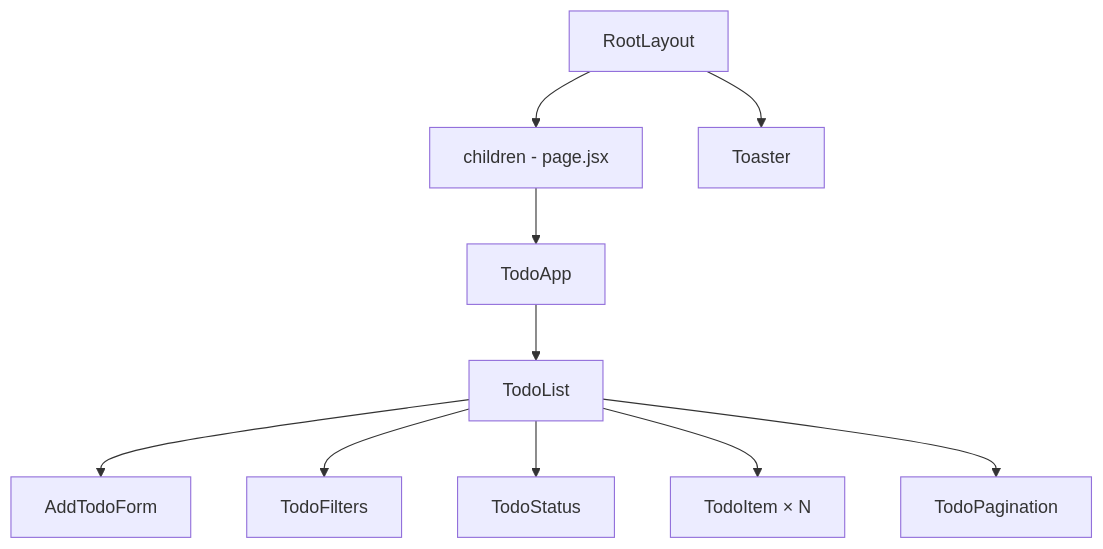
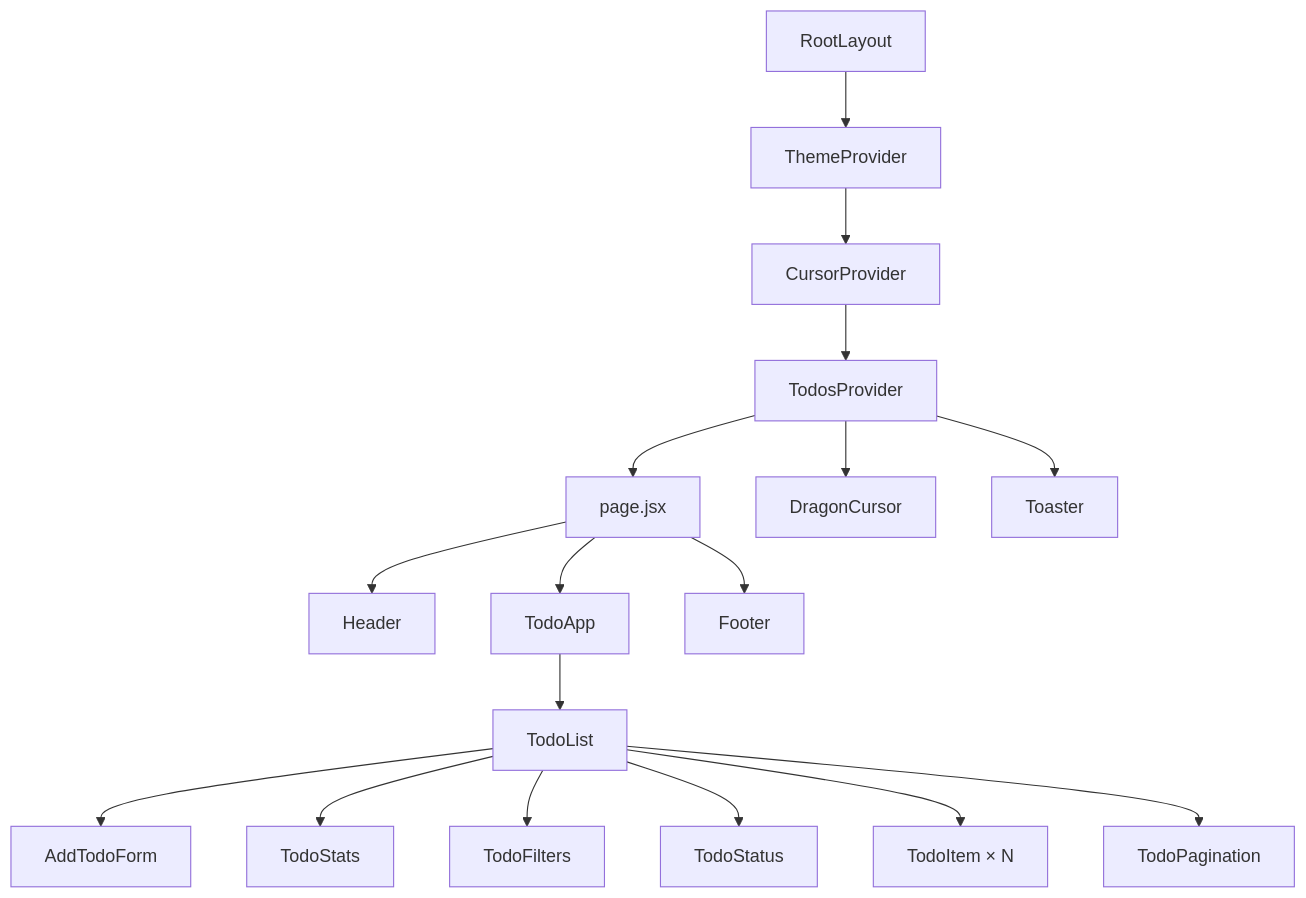
Before and after one commit to Hyptofon/todo_list: the first of 2 diagrams in lab4/README.md, drawn with Mermaid. The commit also changed other lines of this file and 38 other files, not shown here.

````diff
--- a/lab4/README.md
+++ b/lab4/README.md
@@ -49,12 +68,21 @@
 ```mermaid
 graph TD
-    A[RootLayout] --> B[children - page.jsx]
-    A --> C[Toaster]
-    B --> D[TodoApp]
-    D --> E[TodoList]
-    E --> F[AddTodoForm]
-    E --> G[TodoFilters]
-    E --> H[TodoStatus]
-    E --> I[TodoItem × N]
-    E --> J[TodoPagination]
+    A[RootLayout] --> B[ThemeProvider]
+    B --> C[CursorProvider]
+    C --> D[TodosProvider]
+    D --> E[page.jsx]
+    D --> F[DragonCursor]
+    D --> G[Toaster]
+    
+    E --> H[Header]
+    E --> I[TodoApp]
+    E --> J[Footer]
+    
+    I --> K[TodoList]
+    K --> L[AddTodoForm]
+    K --> M[TodoStats]
+    K --> N[TodoFilters]
+    K --> O[TodoStatus]
+    K --> P[TodoItem × N]
+    K --> Q[TodoPagination]
 ```
````
